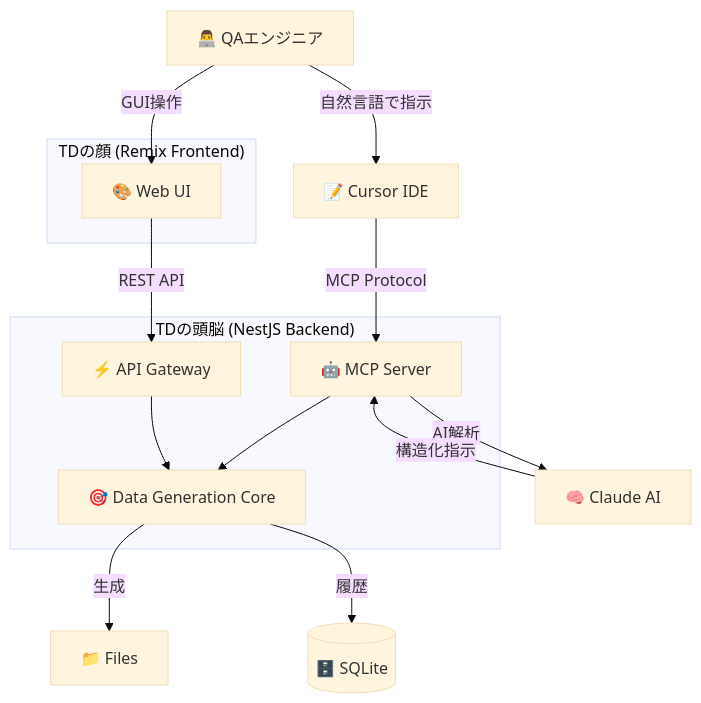
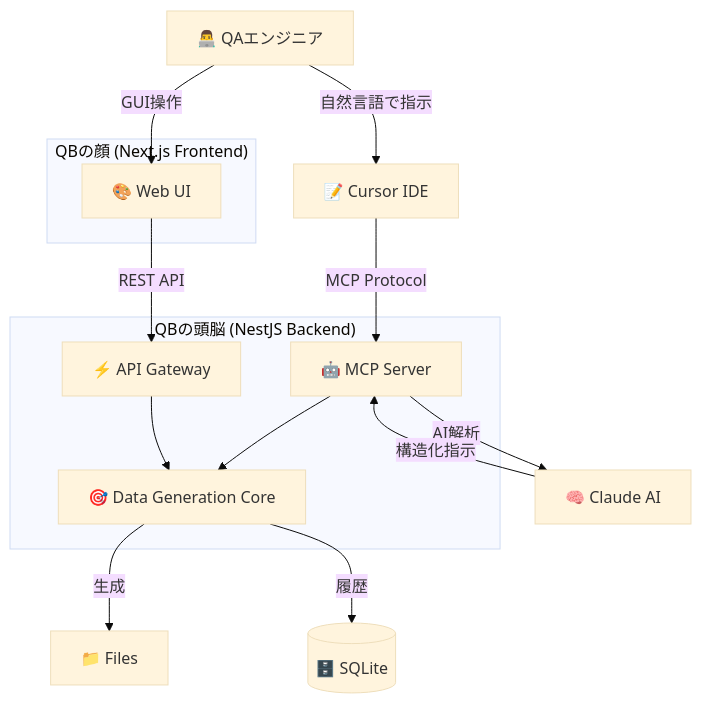
The first of 2 diagrams in README.md (Rons-29/td-buddy-app), drawn with Mermaid (base theme) before and after one commit. The commit also changed other lines of this file, not shown here.

````diff
--- a/README.md
+++ b/README.md
@@ -132,27 +157,27 @@
 ```mermaid
 graph TB
     QA[👨‍💻 QAエンジニア] --> |自然言語で指示| Cursor[📝 Cursor IDE]
     QA --> |GUI操作| WebUI[🎨 Web UI]
-    
+
     Cursor --> |MCP Protocol| MCP[🤖 MCP Server]
     WebUI --> |REST API| API[⚡ API Gateway]
-    
+
     MCP --> |AI解析| Claude[🧠 Claude AI]
     Claude --> |構造化指示| MCP
-    
+
     MCP --> Core[🎯 Data Generation Core]
     API --> Core
-    
+
     Core --> |生成| Files[📁 Files]
     Core --> |履歴| DB[(🗄️ SQLite)]
-    
-    subgraph "TDの頭脳 (NestJS Backend)"
+
+    subgraph "QBの頭脳 (NestJS Backend)"
         MCP
-        API  
+        API
         Core
     end
-    
-    subgraph "TDの顔 (Remix Frontend)"
+
+    subgraph "QBの顔 (Next.js Frontend)"
         WebUI
     end
 ```
````
